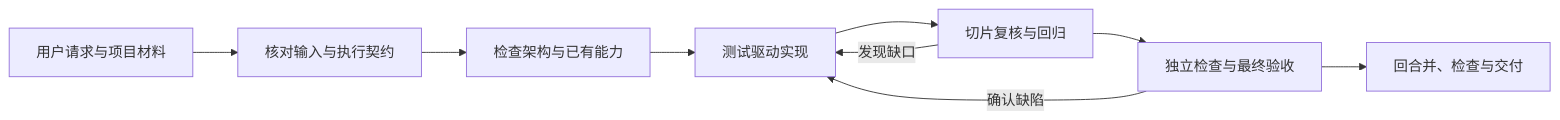
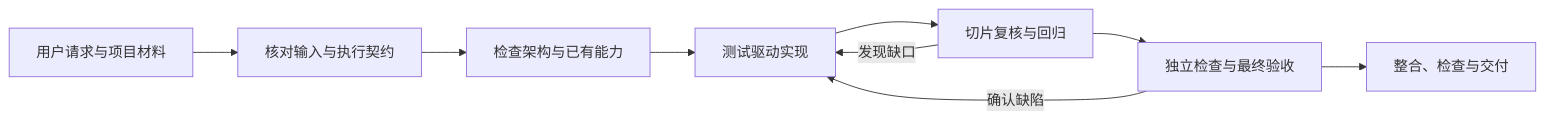
The diagram in README.md (FarmerLi/coder-assistant-skill), drawn with Mermaid before and after one commit. The commit also changed other lines of this file and 9 other files, not shown here.

````diff
--- a/README.md
+++ b/README.md
@@ -9,11 +9,11 @@
 ```mermaid
 flowchart LR
   I["用户请求与项目材料"] --> C["核对输入与执行契约"]
   C --> A["检查架构与已有能力"]
   A --> T["测试驱动实现"]
   T --> R["切片复核与回归"]
   R --> V["独立检查与最终验收"]
-  V --> D["回合并、检查与交付"]
+  V --> D["整合、检查与交付"]
   R -->|发现缺口| T
   V -->|确认缺陷| T
 ```
````
